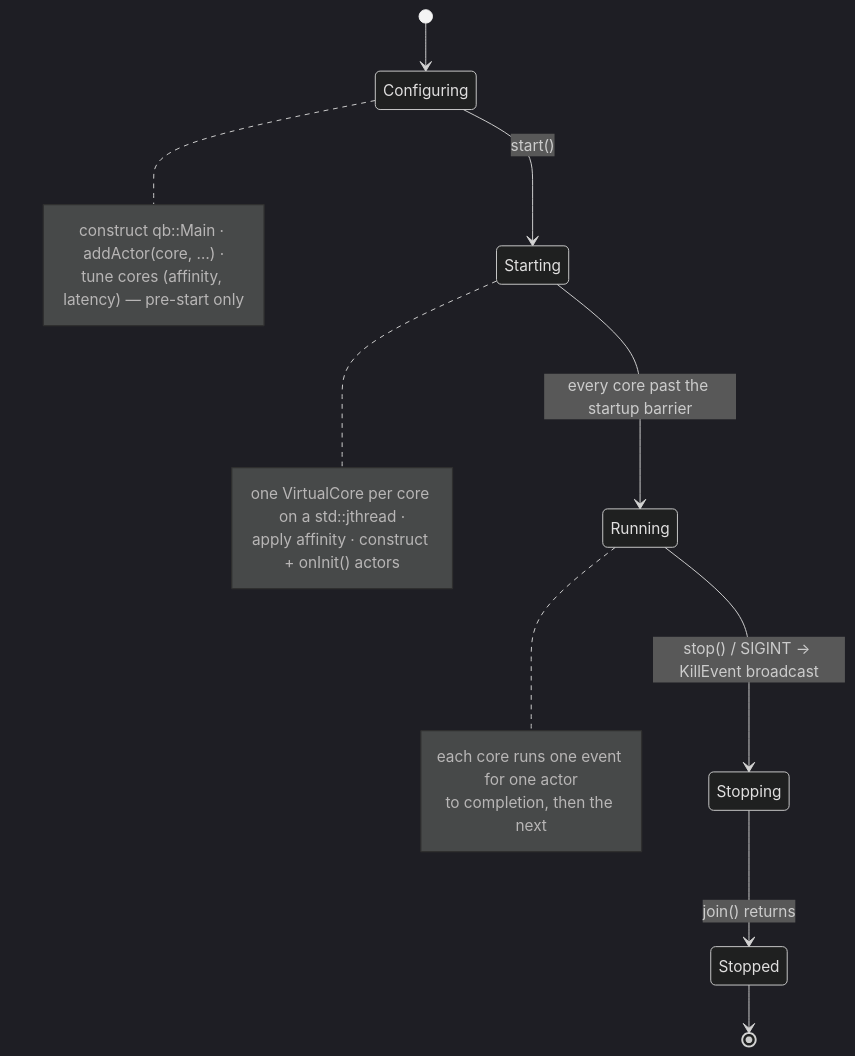
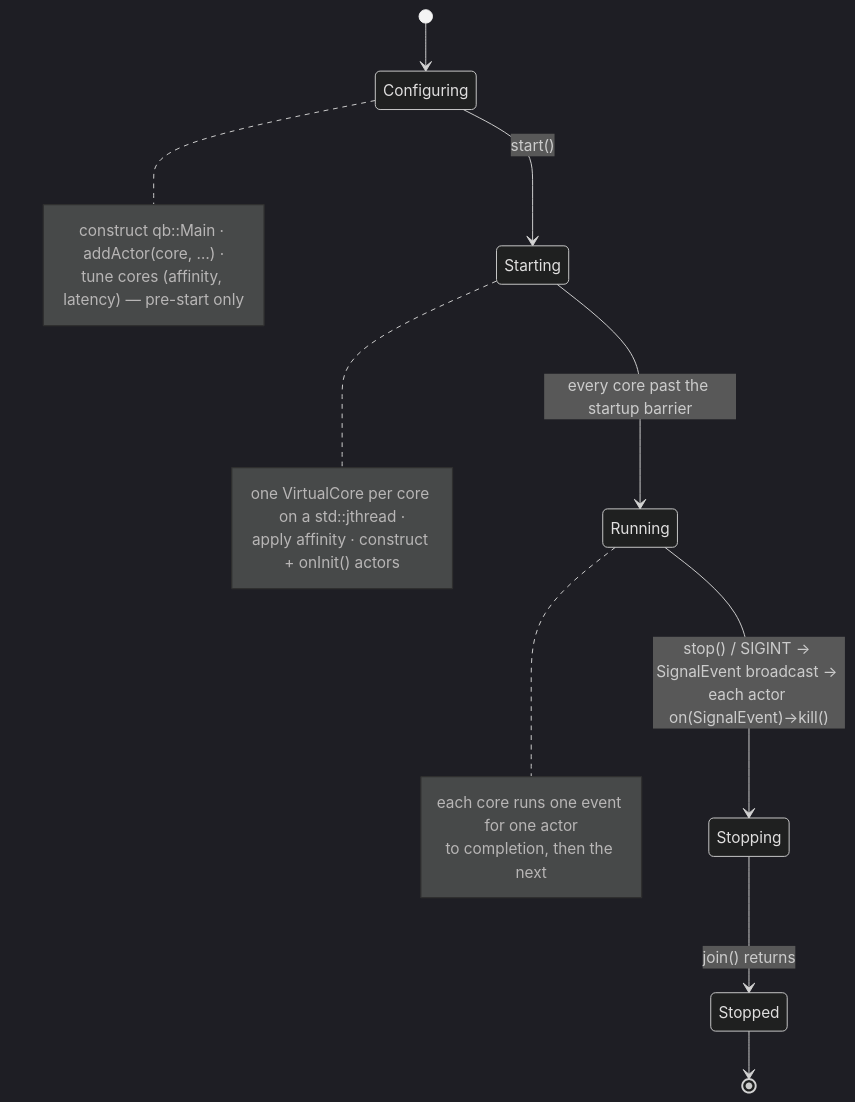
One commit to isndev/qb changed the second of 3 diagrams in readme/4_qb_core/engine.md. Above: the diagram before and after it, drawn with Mermaid (dark theme). The commit also changed 37 other files, not shown here.

````diff
--- a/readme/4_qb_core/engine.md
+++ b/readme/4_qb_core/engine.md
@@ -38,22 +38,22 @@
 ```mermaid
 stateDiagram-v2
     [*] --> Configuring
     Configuring --> Starting: start()
     Starting --> Running: every core past the startup barrier
-    Running --> Stopping: stop() / SIGINT → KillEvent broadcast
+    Running --> Stopping: stop() / SIGINT → SignalEvent broadcast → each actor on(SignalEvent)→kill()
     Stopping --> Stopped: join() returns
     Stopped --> [*]
 
     note right of Configuring
         construct qb::Main · addActor(core, …) ·
         tune cores (affinity, latency) — pre-start only
     end note
     note right of Starting
         one VirtualCore per core on a std::jthread ·
         apply affinity · construct + onInit() actors
     end note
     note right of Running
         each core runs one event for one actor
         to completion, then the next
     end note
 ```
````
